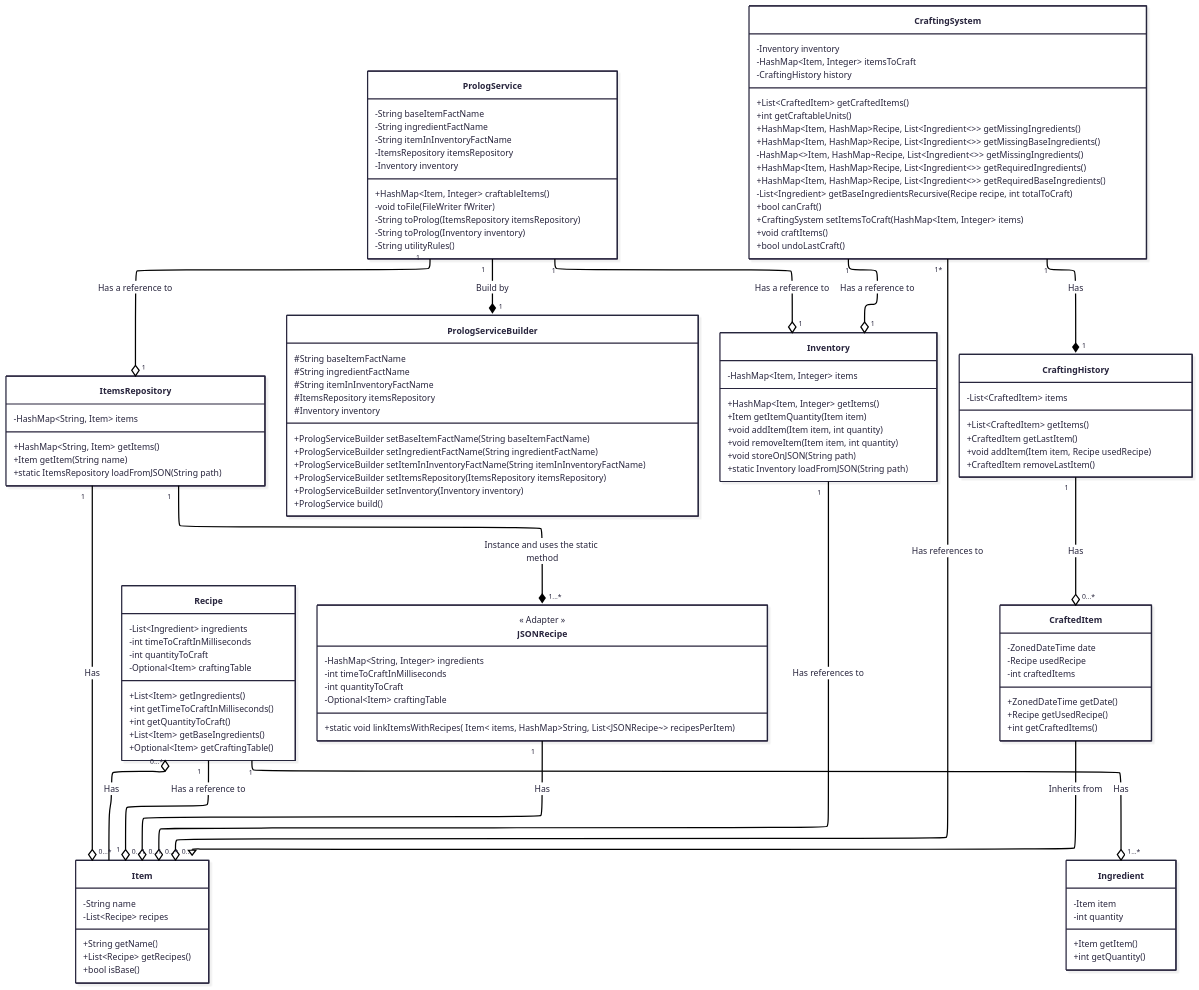
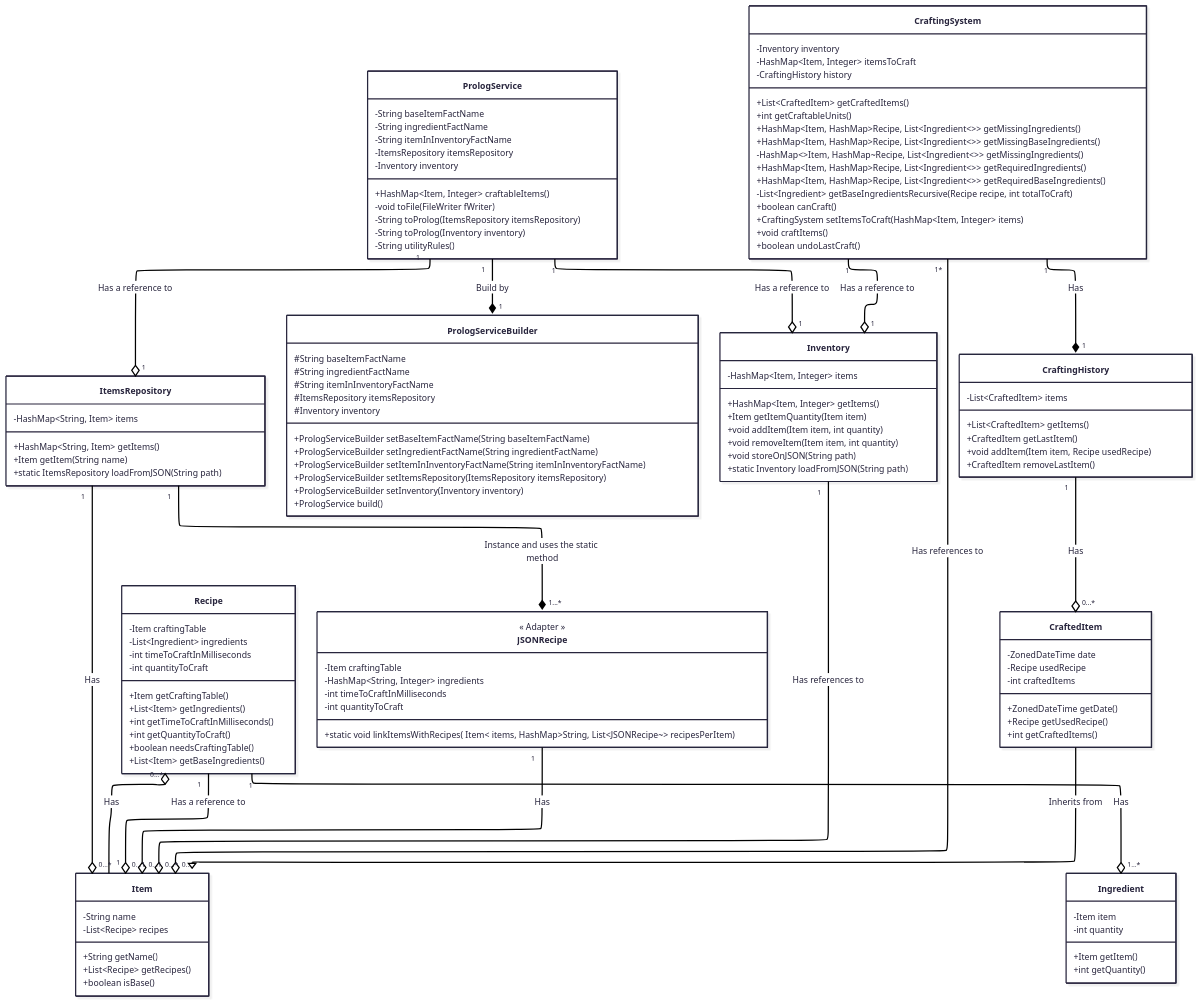
Before and after one commit to hozlucas28/Java-Practical-Work-2025: the first of 2 diagrams in README.md, drawn with Mermaid. The commit also changed 9 other files, not shown here.

First line of the commit message:
refactor(Recipe): remove `Optional<Item>` type of `craftingTable` attribute

```diff
--- a/README.md
+++ b/README.md
@@ -155,29 +155,30 @@
 
 	    +String getName()
 	    +List~Recipe~ getRecipes()
-	    +bool isBase()
+	    +boolean isBase()
     }
 
     class Recipe {
+	    -Item craftingTable
 	    -List~Ingredient~ ingredients
 	    -int timeToCraftInMilliseconds
 	    -int quantityToCraft
-	    -Optional~Item~ craftingTable
 
+	    +Item getCraftingTable()
 	    +List~Item~ getIngredients()
 	    +int getTimeToCraftInMilliseconds()
 	    +int getQuantityToCraft()
+	    +boolean needsCraftingTable()
 	    +List~Item~ getBaseIngredients()
-	    +Optional~Item~ getCraftingTable()
     }
 
     class JSONRecipe {
         << Adapter >>
 
+	    -Item craftingTable
 	    -HashMap~String, Integer~ ingredients
 	    -int timeToCraftInMilliseconds
 	    -int quantityToCraft
-	    -Optional~Item~ craftingTable
 
 	    +static void linkItemsWithRecipes(HashMap~String, Item~ items, HashMap~String, List~JSONRecipe~~ recipesPerItem)
     }
@@ -223,10 +224,10 @@
 	    +HashMap~Item, HashMap~Recipe, List~Ingredient~~~ getRequiredIngredients()
         +HashMap~Item, HashMap~Recipe, List~Ingredient~~~ getRequiredBaseIngredients()
         -List~Ingredient~ getBaseIngredientsRecursive(Recipe recipe, int totalToCraft)
-	    +bool canCraft()
+	    +boolean canCraft()
 	    +CraftingSystem setItemsToCraft(HashMap~Item, Integer~ items)
 	    +void craftItems()
-	    +bool undoLastCraft()
+	    +boolean undoLastCraft()
     }
 
     class CraftingHistory {
```
